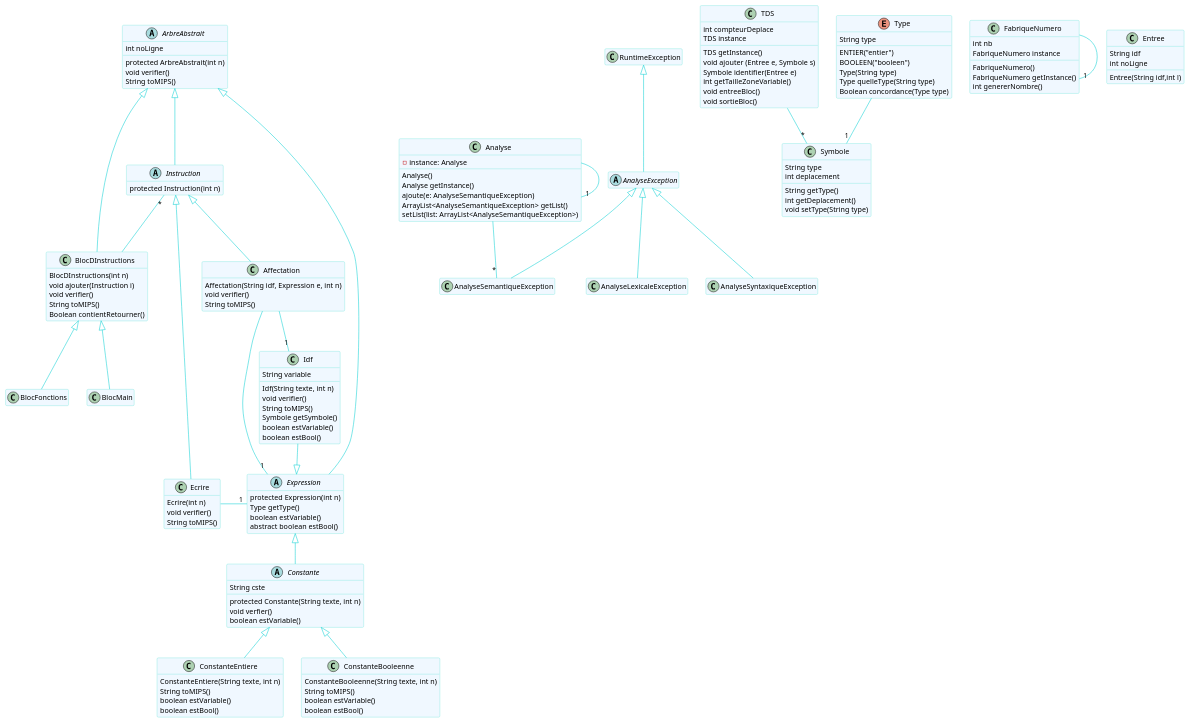
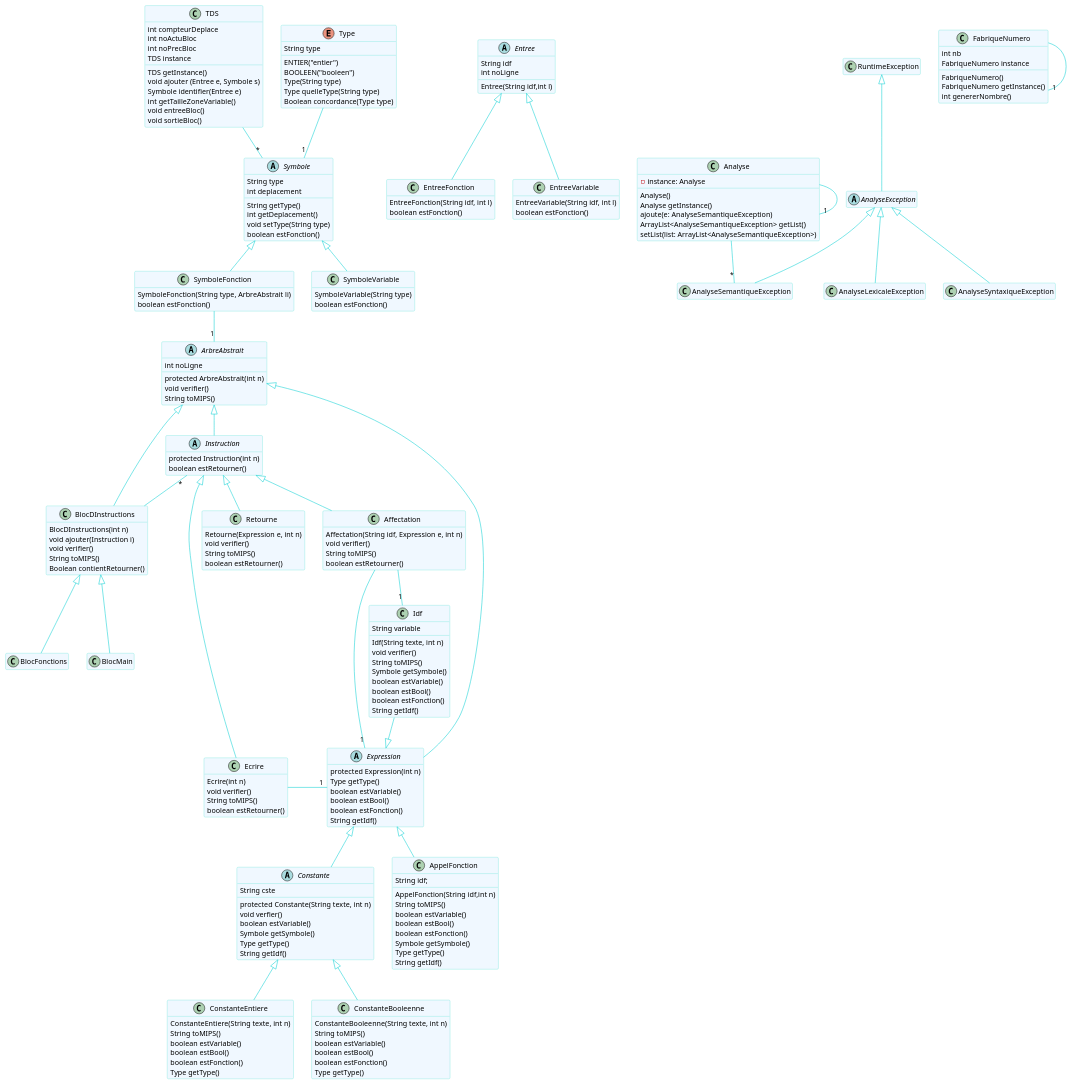
The diagram in src/uml/diagramme.puml (madisonnoyer54/Zoot), drawn with PlantUML before and after one commit.

Commit message:
diagramme à jour

```diff
--- a/src/uml/diagramme.puml
+++ b/src/uml/diagramme.puml
@@ -57,6 +57,7 @@
 
 abstract class Instruction {
    protected Instruction(int n)
+   boolean estRetourner()
 }
 
 Instruction -up-|> ArbreAbstrait
@@ -64,15 +65,25 @@
    Ecrire(int n)
    void verifier()
    String toMIPS()
+   boolean estRetourner()
+}
+class Retourne{
+   Retourne(Expression e, int n)
+   void verifier()
+   String toMIPS()
+   boolean estRetourner()
 }
 
 Ecrire  -up-|> Instruction
+Retourne  -up-|> Instruction
 
 abstract class Expression {
    protected Expression(int n)
    Type getType()
    boolean estVariable()
-   abstract boolean estBool()
+   boolean estBool()
+   boolean estFonction()
+   String getIdf()
 }
 
 Expression  -up-|> ArbreAbstrait
@@ -83,6 +94,9 @@
    protected Constante(String texte, int n)
    void verfier()
    boolean estVariable()
+   Symbole getSymbole()
+   Type getType()
+   String getIdf()
 }
 
 Constante  -up-|> Expression
@@ -92,6 +106,8 @@
    String toMIPS()
    boolean estVariable()
    boolean estBool()
+   boolean estFonction()
+   Type getType()
 }
 
 class ConstanteBooleenne {
@@ -99,10 +115,25 @@
    String toMIPS()
    boolean estVariable()
    boolean estBool()
+   boolean estFonction()
+   Type getType()
 }
-
+class AppelFonction {
+   String idf;
+   AppelFonction(String idf,int n)
+   String toMIPS()
+   boolean estVariable()
+   boolean estBool()
+   boolean estFonction()
+   Symbole getSymbole()
+   Type getType()
+   String getIdf()
+}
+AppelFonction  -up-|> Expression
 class TDS {
 int compteurDeplace
+int noActuBloc
+int noPrecBloc
 TDS instance
 TDS getInstance()
 void ajouter (Entree e, Symbole s)
@@ -120,16 +151,32 @@
 }
 FabriqueNumero --"1" FabriqueNumero
 
-class Symbole{
+abstract class Symbole{
 String type
 int deplacement
 String getType()
 int getDeplacement()
 void setType(String type)
+boolean estFonction()
+}
+class SymboleFonction{
+ SymboleFonction(String type, ArbreAbstrait li)
+ boolean estFonction()
+}
+
+SymboleFonction--"1"ArbreAbstrait
+
+class SymboleVariable{
+ SymboleVariable(String type)
+ boolean estFonction()
 }
 
 TDS --"*" Symbole
 Type --"1" Symbole
+
+SymboleFonction  -up-|> Symbole
+SymboleVariable  -up-|> Symbole
+
 
 ConstanteEntiere  -up-|> Constante
 ConstanteBooleenne  -up-|> Constante
@@ -143,16 +190,30 @@
 Boolean concordance(Type type)
 }
 
-class Entree{
+abstract class Entree{
 String idf
 int noLigne
 Entree(String idf,int l)
 }
+class EntreeFonction{
+EntreeFonction(String idf, int l)
+boolean estFonction()
+}
+class EntreeVariable{
+EntreeVariable(String idf, int l)
+boolean estFonction()
+}
+
+EntreeVariable  -up-|> Entree
+EntreeFonction  -up-|> Entree
+
+
 
 class Affectation {
 Affectation(String idf, Expression e, int n)
 void verifier()
 String toMIPS()
+boolean estRetourner()
 }
 Affectation --"1" Idf
 Affectation --"1" Expression
@@ -166,6 +227,8 @@
 Symbole getSymbole()
 boolean estVariable()
 boolean estBool()
+boolean estFonction()
+String getIdf()
 }
 Idf --|> Expression
 @enduml
```
